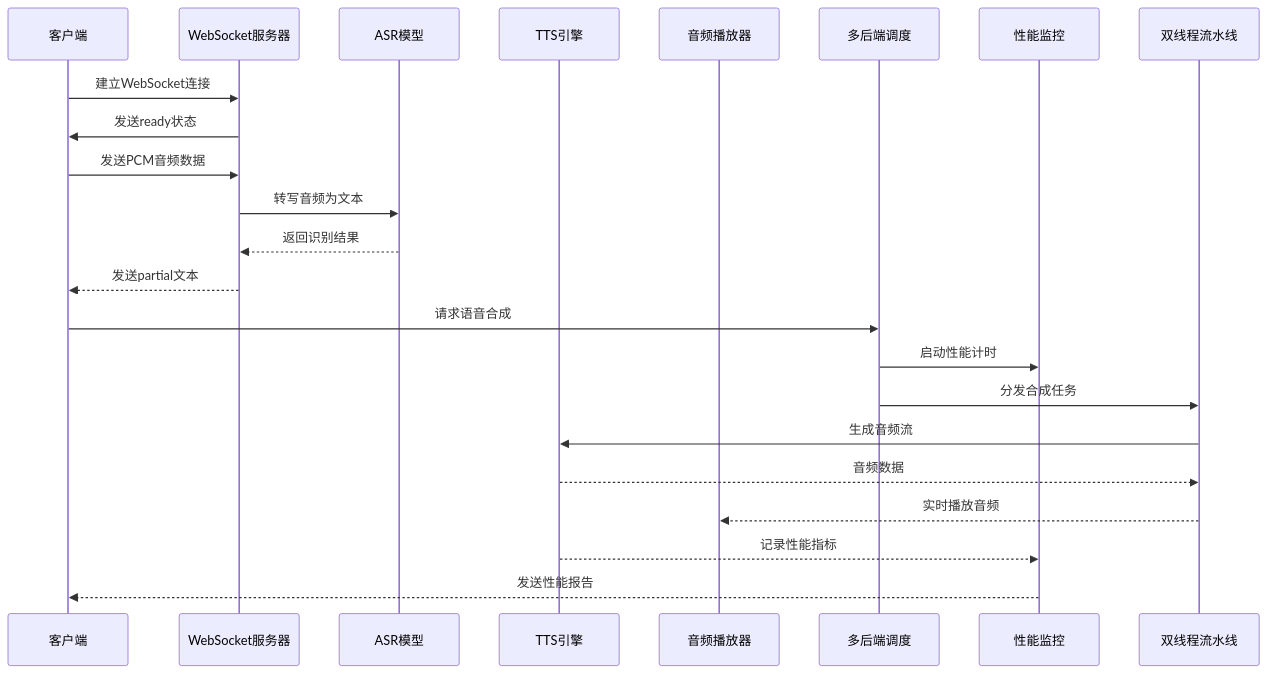
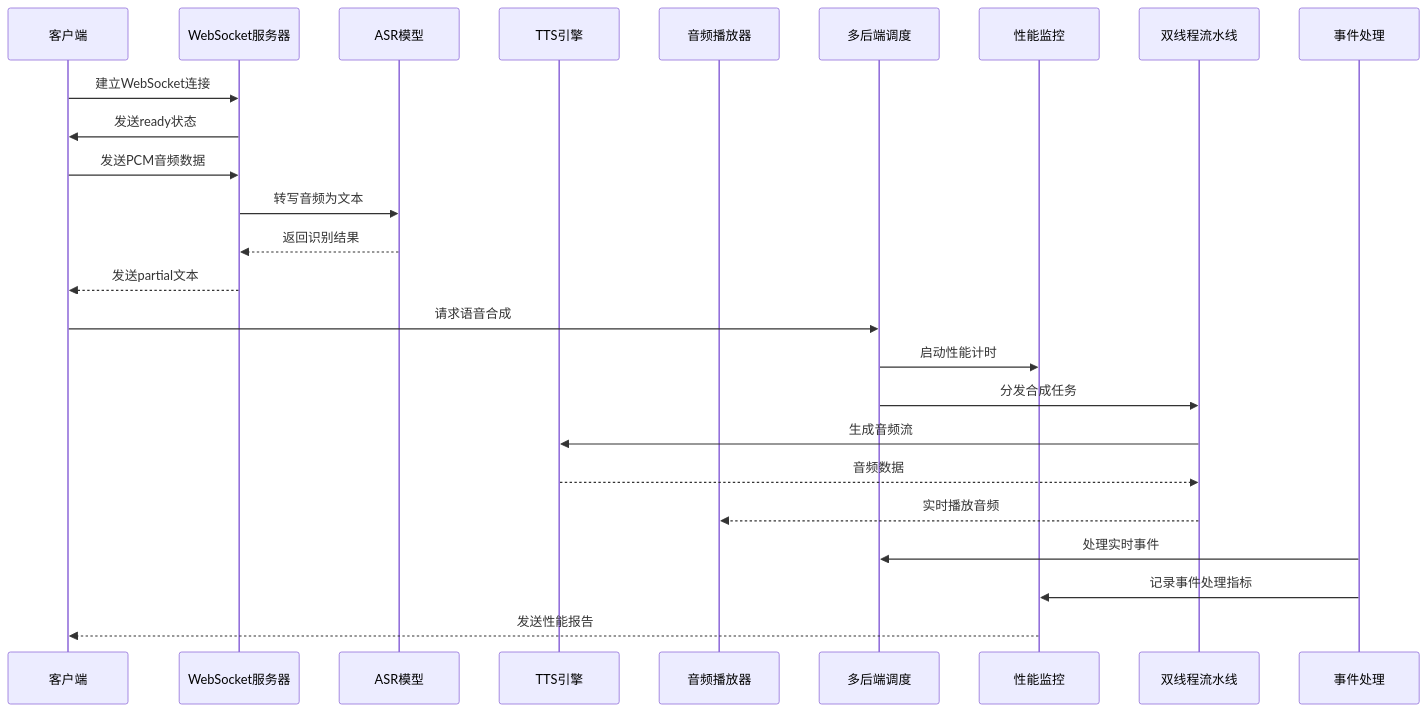
One commit to 1024dashen/Vue3Speech changed the fourth of 16 diagrams in .qoder/repowiki/zh/content/语音合成服务/实时TTS合成.md. Above: the diagram before and after it, drawn with Mermaid. The commit also changed other lines of this file and 7 other files, not shown here.

````diff
--- a/.qoder/repowiki/zh/content/语音合成服务/实时TTS合成.md
+++ b/.qoder/repowiki/zh/content/语音合成服务/实时TTS合成.md
@@ -188,25 +221,27 @@
 ```mermaid
 sequenceDiagram
 participant Client as 客户端
 participant WebSocket as WebSocket服务器
 participant ASR as ASR模型
 participant TTS as TTS引擎
 participant Audio as 音频播放器
 participant Backend as 多后端调度
 participant Monitor as 性能监控
 participant Threads as 双线程流水线
+participant Events as 事件处理
 Client->>WebSocket : 建立WebSocket连接
 WebSocket->>Client : 发送ready状态
 Client->>WebSocket : 发送PCM音频数据
 WebSocket->>ASR : 转写音频为文本
 ASR-->>WebSocket : 返回识别结果
 WebSocket-->>Client : 发送partial文本
 Client->>Backend : 请求语音合成
 Backend->>Monitor : 启动性能计时
 Backend->>Threads : 分发合成任务
 Threads->>TTS : 生成音频流
 TTS-->>Threads : 音频数据
 Threads-->>Audio : 实时播放音频
-TTS-->>Monitor : 记录性能指标
+Events->>Backend : 处理实时事件
+Events->>Monitor : 记录事件处理指标
 Monitor-->>Client : 发送性能报告
 ```
````
